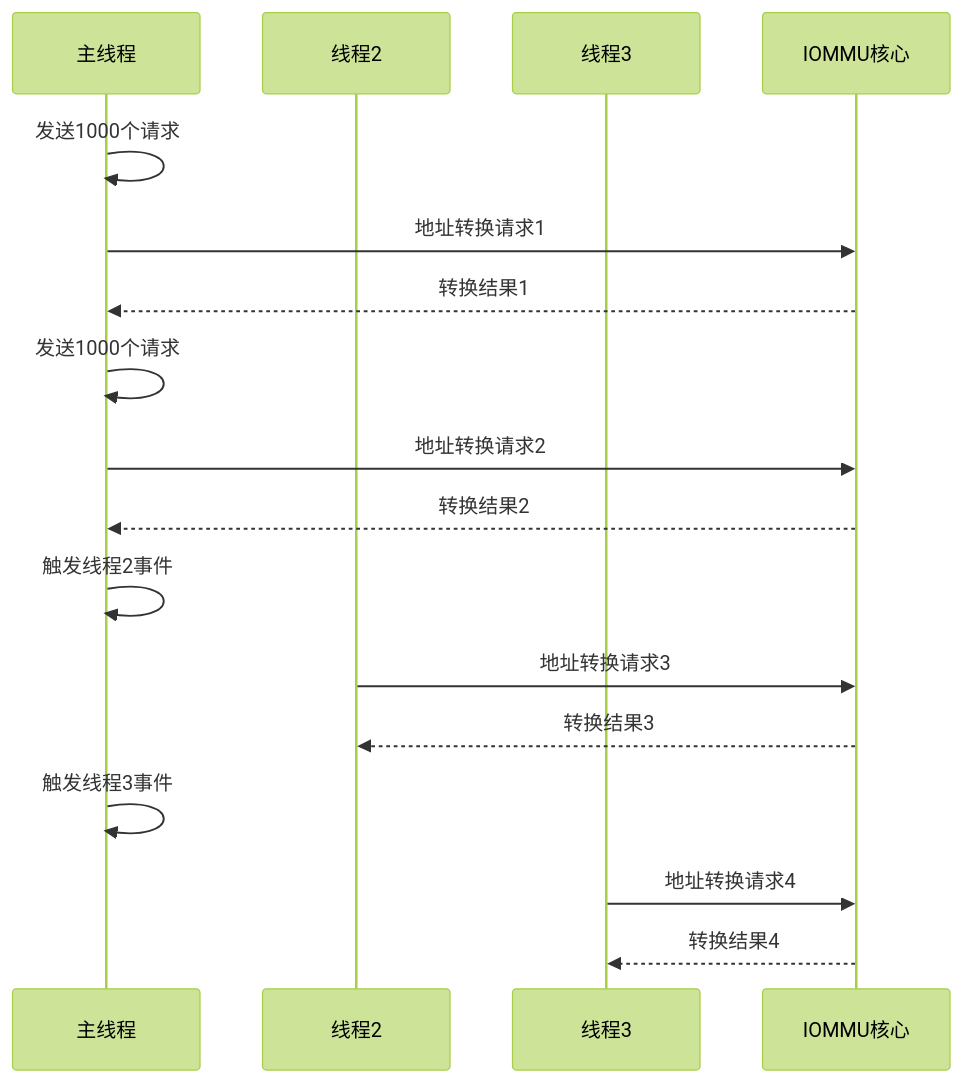
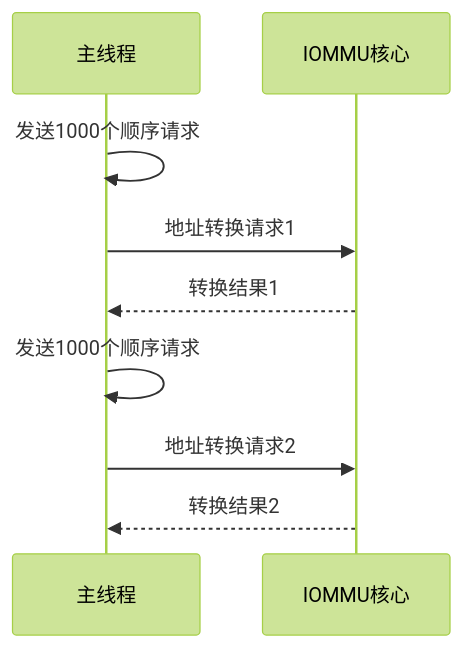
Before and after one commit to jiangjiang1122/iommu_model_20260401_v1: the fifth of 11 diagrams in .qoder/repowiki/zh/content/测试框架/Root Port测试模块.md, drawn with Mermaid (forest theme). The commit also changed other lines of this file and 6 other files, not shown here.

````diff
--- a/.qoder/repowiki/zh/content/测试框架/Root Port测试模块.md
+++ b/.qoder/repowiki/zh/content/测试框架/Root Port测试模块.md
@@ -200,19 +219,11 @@
 ```mermaid
 sequenceDiagram
 participant MainThread as 主线程
-participant Thread2 as 线程2
-participant Thread3 as 线程3
 participant IOMMU as IOMMU核心
-MainThread->>MainThread : 发送1000个请求
+MainThread->>MainThread : 发送1000个顺序请求
 MainThread->>IOMMU : 地址转换请求1
 IOMMU-->>MainThread : 转换结果1
-MainThread->>MainThread : 发送1000个请求
+MainThread->>MainThread : 发送1000个顺序请求
 MainThread->>IOMMU : 地址转换请求2
 IOMMU-->>MainThread : 转换结果2
-MainThread->>MainThread : 触发线程2事件
-Thread2->>IOMMU : 地址转换请求3
-IOMMU-->>Thread2 : 转换结果3
-MainThread->>MainThread : 触发线程3事件
-Thread3->>IOMMU : 地址转换请求4
-IOMMU-->>Thread3 : 转换结果4
 ```
````
